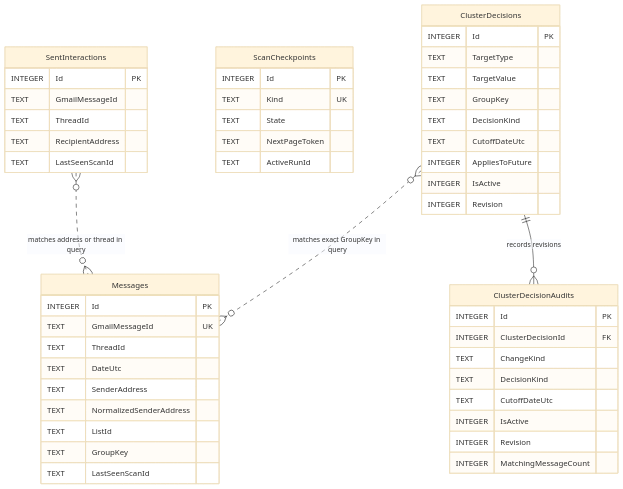
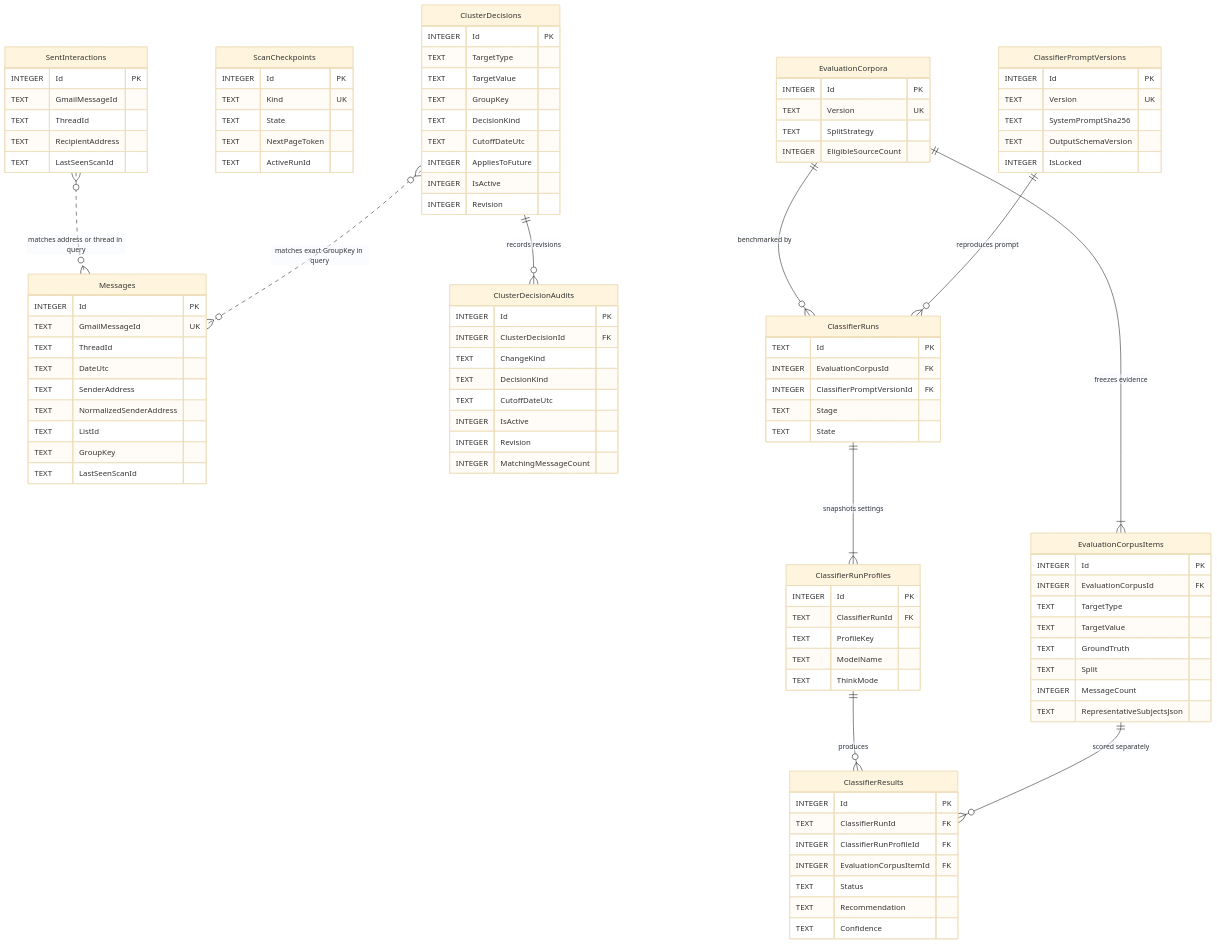
The diagram in docs/database-schema.md (JayCroghan/Inbox-Curator), drawn with Mermaid (base theme) before and after one commit. The commit also changed other lines of this file and 36 other files, not shown here.

````diff
--- a/docs/database-schema.md
+++ b/docs/database-schema.md
@@ -50,8 +50,60 @@
         INTEGER Revision
         INTEGER MatchingMessageCount
     }
+    EvaluationCorpora {
+        INTEGER Id PK
+        TEXT Version UK
+        TEXT SplitStrategy
+        INTEGER EligibleSourceCount
+    }
+    EvaluationCorpusItems {
+        INTEGER Id PK
+        INTEGER EvaluationCorpusId FK
+        TEXT TargetType
+        TEXT TargetValue
+        TEXT GroundTruth
+        TEXT Split
+        INTEGER MessageCount
+        TEXT RepresentativeSubjectsJson
+    }
+    ClassifierPromptVersions {
+        INTEGER Id PK
+        TEXT Version UK
+        TEXT SystemPromptSha256
+        TEXT OutputSchemaVersion
+        INTEGER IsLocked
+    }
+    ClassifierRuns {
+        TEXT Id PK
+        INTEGER EvaluationCorpusId FK
+        INTEGER ClassifierPromptVersionId FK
+        TEXT Stage
+        TEXT State
+    }
+    ClassifierRunProfiles {
+        INTEGER Id PK
+        TEXT ClassifierRunId FK
+        TEXT ProfileKey
+        TEXT ModelName
+        TEXT ThinkMode
+    }
+    ClassifierResults {
+        INTEGER Id PK
+        TEXT ClassifierRunId FK
+        INTEGER ClassifierRunProfileId FK
+        INTEGER EvaluationCorpusItemId FK
+        TEXT Status
+        TEXT Recommendation
+        TEXT Confidence
+    }
 
     SentInteractions }o..o{ Messages : "matches address or thread in query"
     ClusterDecisions ||--o{ ClusterDecisionAudits : "records revisions"
     ClusterDecisions }o..o{ Messages : "matches exact GroupKey in query"
+    EvaluationCorpora ||--|{ EvaluationCorpusItems : "freezes evidence"
+    EvaluationCorpora ||--o{ ClassifierRuns : "benchmarked by"
+    ClassifierPromptVersions ||--o{ ClassifierRuns : "reproduces prompt"
+    ClassifierRuns ||--|{ ClassifierRunProfiles : "snapshots settings"
+    ClassifierRunProfiles ||--o{ ClassifierResults : "produces"
+    EvaluationCorpusItems ||--o{ ClassifierResults : "scored separately"
 ```
````
